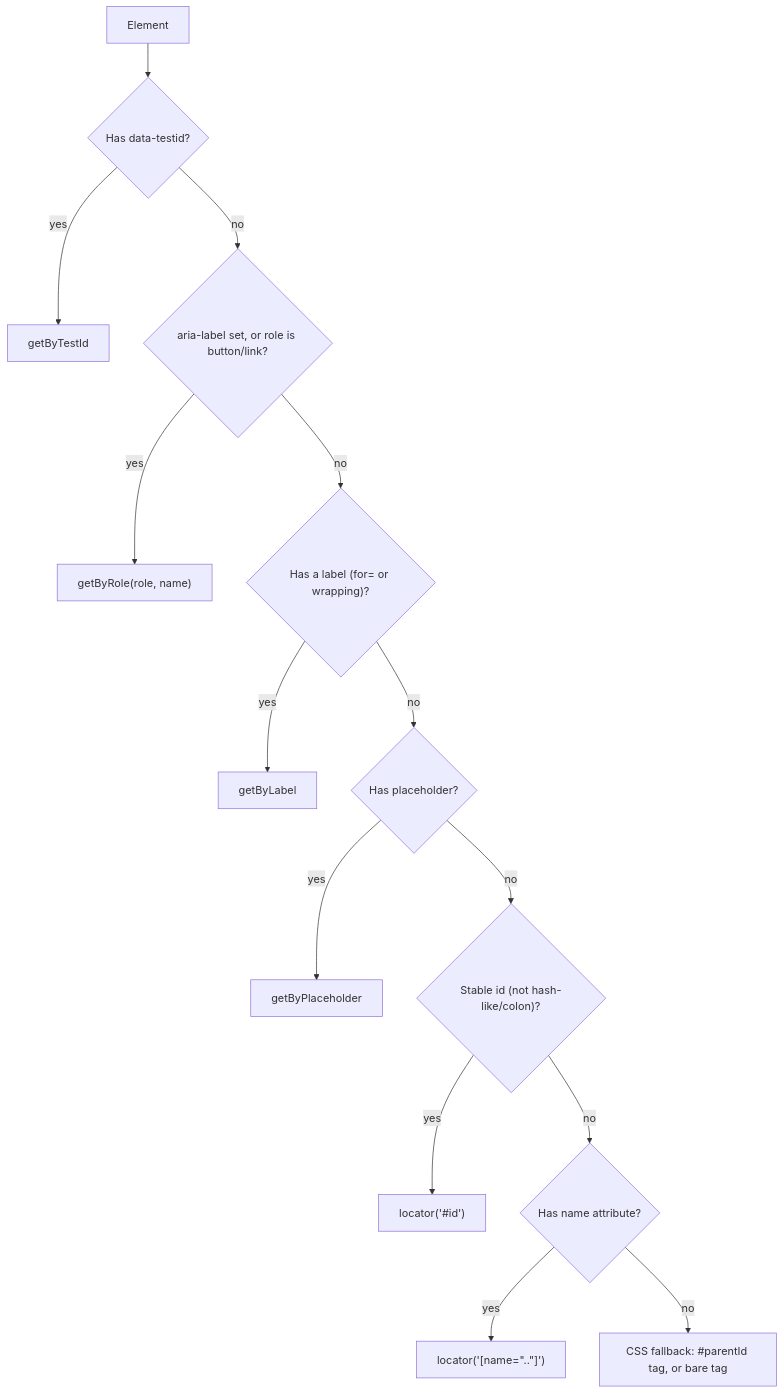
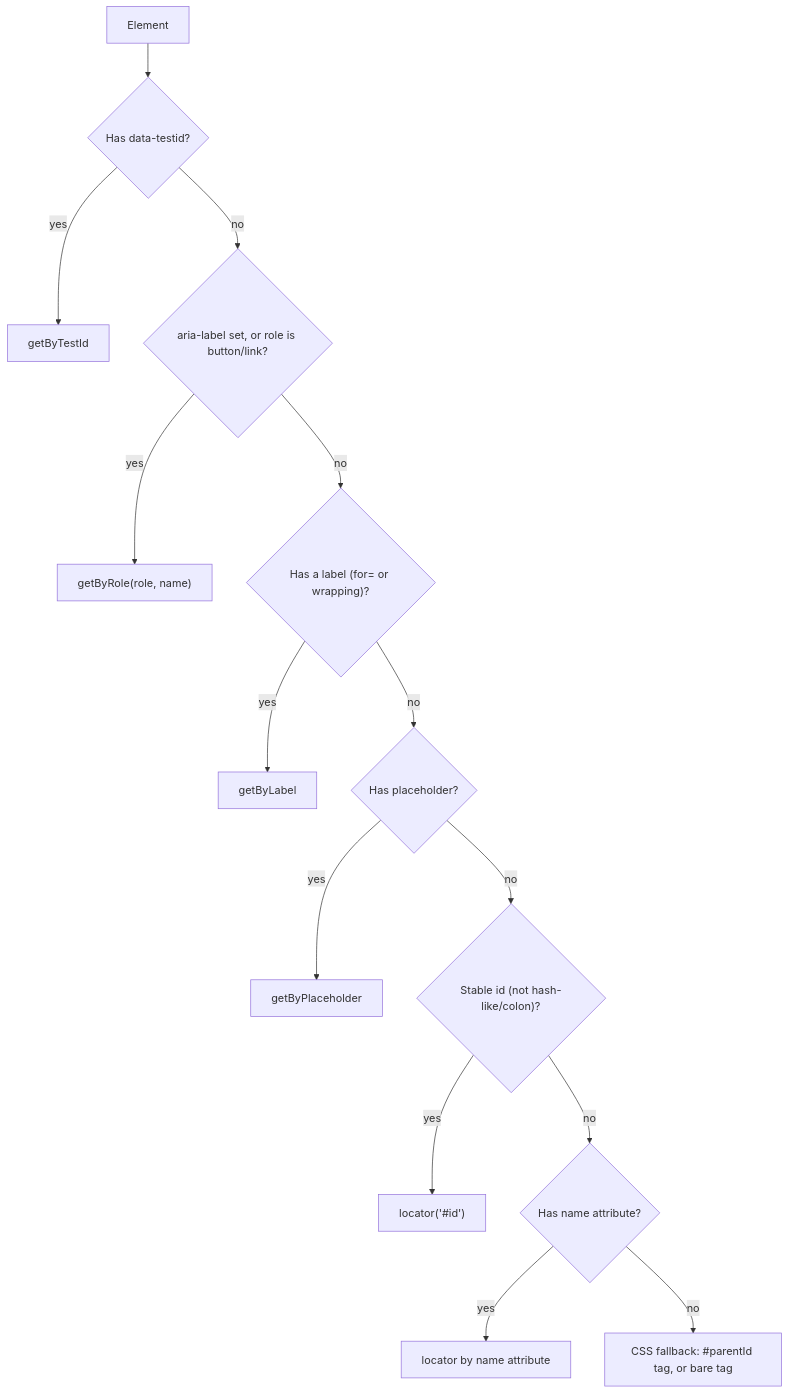
Before and after one commit to dhanifudin/tathyatest: the second of 3 diagrams in README.md, drawn with Mermaid.

Commit message:
docs: avoid nested quotes in locator-chain diagram label
The &quot; entity workaround rendered fine with local mermaid-cli but GitHub's Mermaid
renderer still failed on it. Drop the literal name="..." syntax from the label entirely
instead of relying on quote-escaping, which is the more portable fix.

````diff
--- a/README.md
+++ b/README.md
@@ -250,16 +250,16 @@
 ```mermaid
 flowchart TD
     S[Element] --> Q1{Has data-testid?}
     Q1 -- yes --> R1[getByTestId]
     Q1 -- no --> Q2{aria-label set, or role is button/link?}
     Q2 -- yes --> R2["getByRole(role, name)"]
     Q2 -- no --> Q3{"Has a label (for= or wrapping)?"}
     Q3 -- yes --> R3[getByLabel]
     Q3 -- no --> Q4{Has placeholder?}
     Q4 -- yes --> R4[getByPlaceholder]
     Q4 -- no --> Q5{"Stable id (not hash-like/colon)?"}
     Q5 -- yes --> R5["locator('#id')"]
     Q5 -- no --> Q6{Has name attribute?}
-    Q6 -- yes --> R6["locator('[name=&quot;..&quot;]')"]
+    Q6 -- yes --> R6["locator by name attribute"]
     Q6 -- no --> R7[CSS fallback: #parentId tag, or bare tag]
 ```
````
